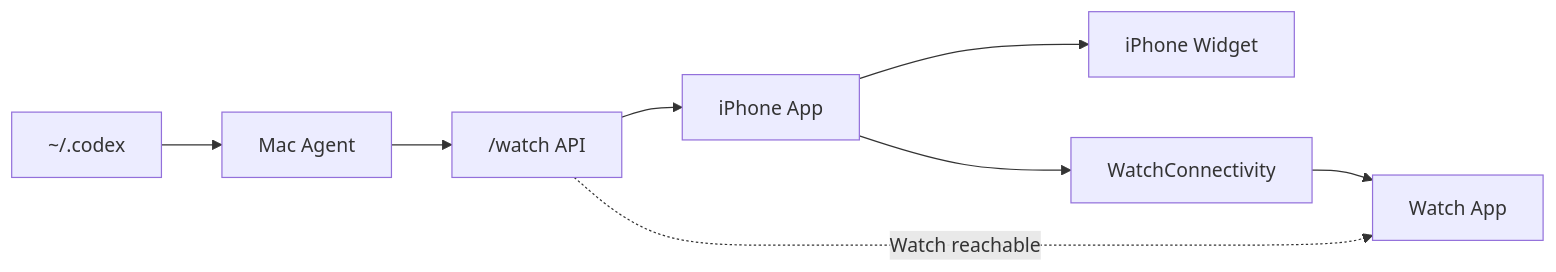
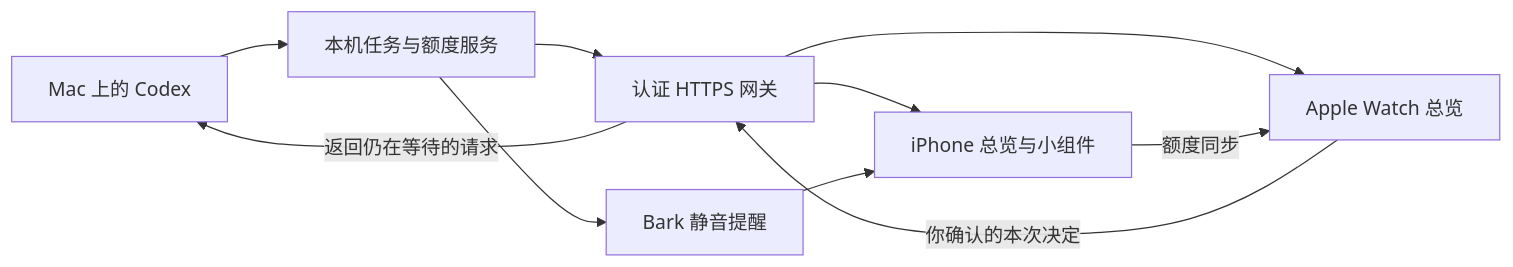
The diagram in README.md (keeencra/codex-quota-watch-plus), drawn with Mermaid before and after one commit. The commit also changed other lines of this file and 28 other files, not shown here.

````diff
--- a/README.md
+++ b/README.md
@@ -35,14 +47,12 @@
 ```mermaid
 flowchart LR
-  Local["~/.codex"]
-  Agent["Mac Agent"]
-  LAN["/watch API"]
-  Phone["iPhone App"]
-  Widget["iPhone Widget"]
-  WC["WatchConnectivity"]
-  Watch["Watch App"]
-
-  Local --> Agent --> LAN --> Phone --> WC --> Watch
-  Phone --> Widget
-  LAN -. "Watch reachable" .-> Watch
+    Codex[Mac 上的 Codex] --> Agent[本机任务与额度服务]
+    Agent --> Gateway[认证 HTTPS 网关]
+    Gateway --> Phone[iPhone 总览与小组件]
+    Gateway --> Watch[Apple Watch 总览]
+    Phone -->|额度同步| Watch
+    Agent --> Bark[Bark 静音提醒]
+    Bark --> Phone
+    Watch -->|你确认的本次决定| Gateway
+    Gateway -->|返回仍在等待的请求| Codex
 ```
````
